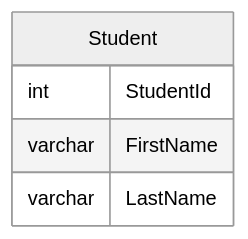
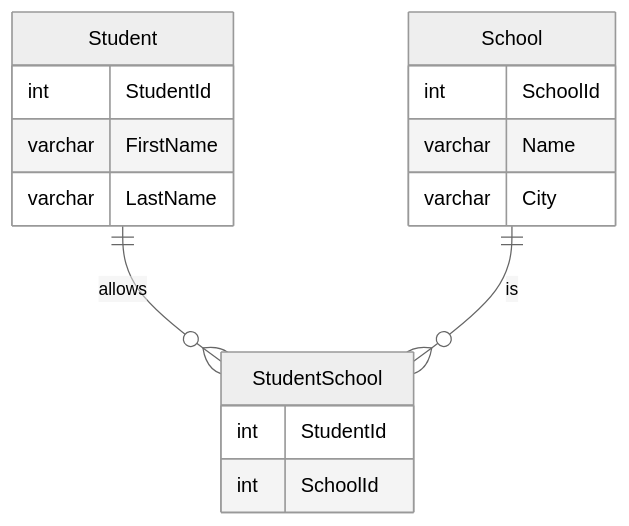
One commit to Ensosense/db-poject-2022 changed the diagram in README.md. Above: the diagram before and after it, drawn with Mermaid (neutral theme).

````diff
--- a/README.md
+++ b/README.md
@@ -3,9 +3,23 @@
 ```mermaid
 erDiagram
 
+
+Student ||--o{ StudentSchool : allows
 Student {
+  int StudentId
+  varchar FirstName
+  varchar LastName
+}
+School ||--o{ StudentSchool : is
+School {
+  int SchoolId
+  varchar Name
+  varchar City
+}
+
+
+StudentSchool { 
 int StudentId
-varchar FirstName
-varchar LastName
+int SchoolId
 }
 ```
````
